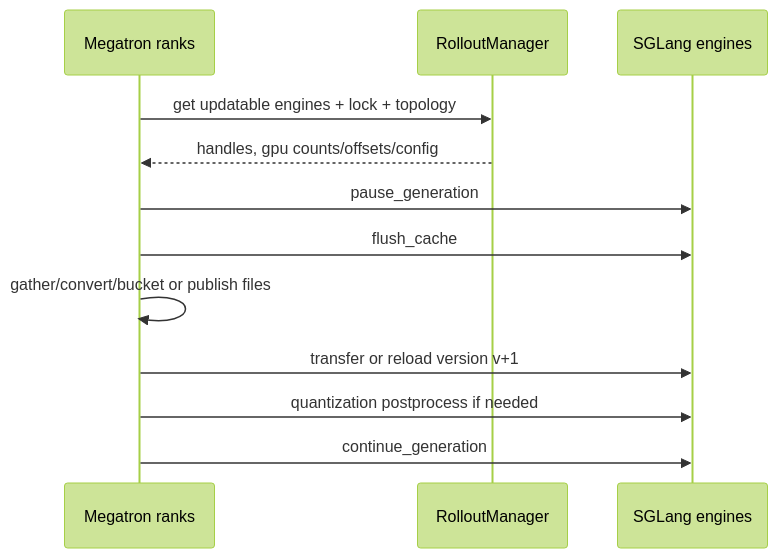
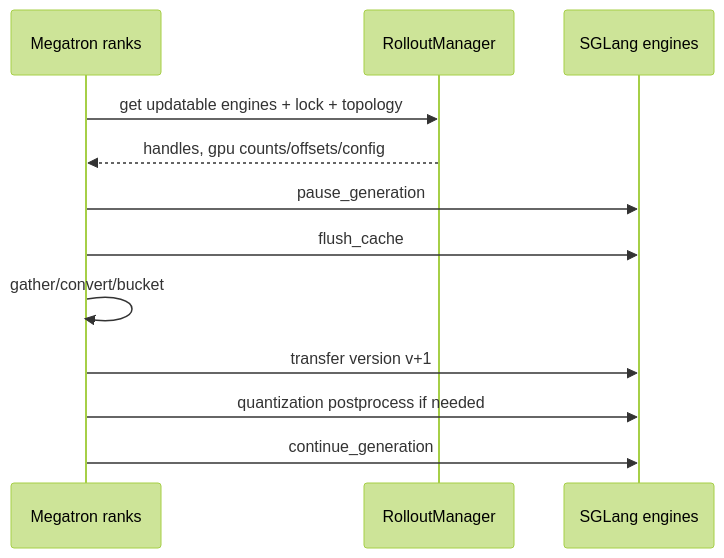
The first of 3 diagrams in wiki/02_engineering/04_posttrain_frameworks/slime/16_slime_weight_sync_analysis.md (suhaibo666/llm-knowledge), drawn with Mermaid (forest theme) before and after one commit. The commit also changed other lines of this file and 27 other files, not shown here.

````diff
--- a/wiki/02_engineering/04_posttrain_frameworks/slime/16_slime_weight_sync_analysis.md
+++ b/wiki/02_engineering/04_posttrain_frameworks/slime/16_slime_weight_sync_analysis.md
@@ -65,14 +70,14 @@
 ```mermaid
 sequenceDiagram
     participant Driver as Megatron ranks
     participant Manager as RolloutManager
     participant Engine as SGLang engines
     Driver->>Manager: get updatable engines + lock + topology
     Manager-->>Driver: handles, gpu counts/offsets/config
     Driver->>Engine: pause_generation
     Driver->>Engine: flush_cache
-    Driver->>Driver: gather/convert/bucket or publish files
-    Driver->>Engine: transfer or reload version v+1
+    Driver->>Driver: gather/convert/bucket
+    Driver->>Engine: transfer version v+1
     Driver->>Engine: quantization postprocess if needed
     Driver->>Engine: continue_generation
 ```
````
